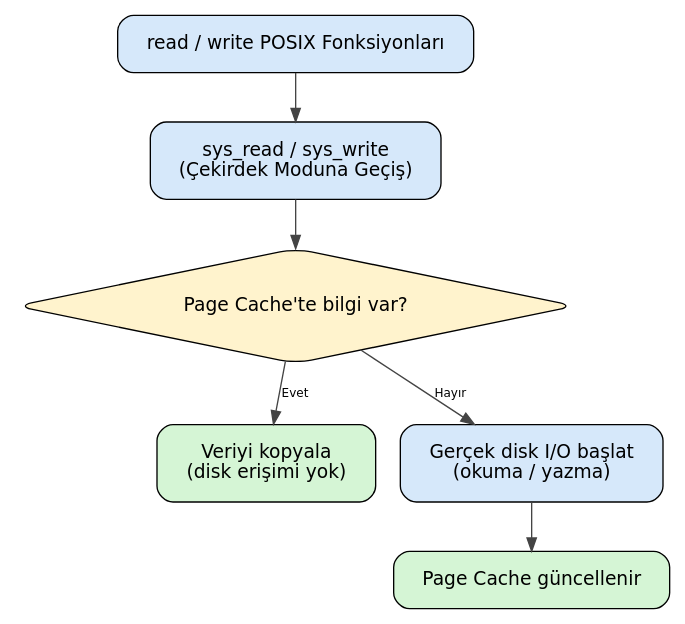
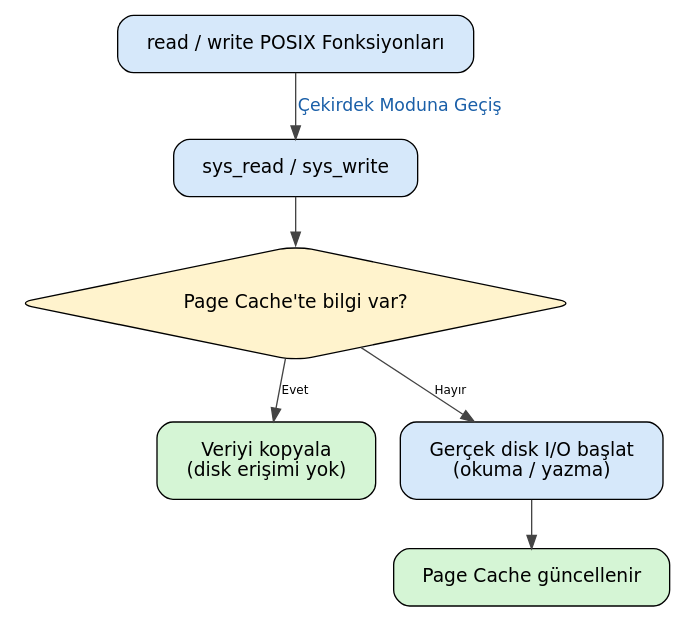
The third of 7 diagrams in docs/source/filesystem1.rst (KaanAslan/LinuxKernelBook), drawn with Graphviz before and after one commit. The commit also changed other lines of this file and 4 other files, not shown here.

```diff
--- a/docs/source/filesystem1.rst
+++ b/docs/source/filesystem1.rst
@@ -302,22 +296,23 @@
 .. graphviz::
 
    digraph rw_flow {
        rankdir=TB;
        node [shape=box, style="rounded,filled", fillcolor="#D6E8FA",
              fontname="DejaVu Sans", margin="0.3,0.2"];
        edge [fontname="DejaVu Sans", fontsize=9, color="#444444"];
 
        POSIX  [label="read / write POSIX Fonksiyonları"];
-       Sys    [label="sys_read / sys_write\n(Çekirdek Moduna Geçiş)"];
+       Sys    [label="sys_read / sys_write"];
        Check  [label="Page Cache'te bilgi var?",
                shape=diamond, fillcolor="#FFF3CD"];
        Copy   [label="Veriyi kopyala\n(disk erişimi yok)", fillcolor="#D5F5D5"];
        DiskIO [label="Gerçek disk I/O başlat\n(okuma / yazma)"];
        Update [label="Page Cache güncellenir", fillcolor="#D5F5D5"];
 
-       POSIX  -> Sys;
+       POSIX  -> Sys    [label="Çekirdek Moduna Geçiş",
+                         fontsize=13, fontcolor="#1a5fa8"];
        Sys    -> Check;
        Check  -> Copy   [label="Evet"];
        Check  -> DiskIO [label="Hayır"];
        DiskIO -> Update;
    }
```
